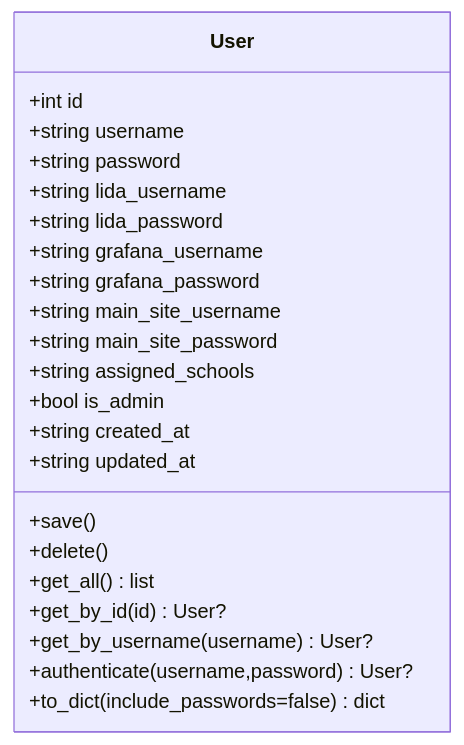
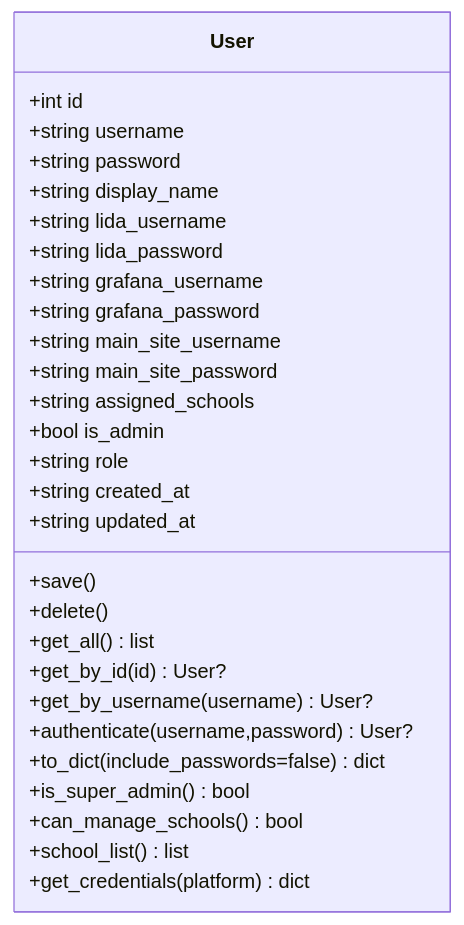
One commit to oreovan567-pixel/middle-platform-data-collector changed the sixth of 10 diagrams in .qoder/repowiki/zh/content/数据模型/数据模型.md. Above: the diagram before and after it, drawn with Mermaid. The commit also changed other lines of this file and 11 other files, not shown here.

````diff
--- a/.qoder/repowiki/zh/content/数据模型/数据模型.md
+++ b/.qoder/repowiki/zh/content/数据模型/数据模型.md
@@ -316,25 +351,31 @@
 ```mermaid
 classDiagram
 class User {
 +int id
 +string username
 +string password
++string display_name
 +string lida_username
 +string lida_password
 +string grafana_username
 +string grafana_password
 +string main_site_username
 +string main_site_password
 +string assigned_schools
 +bool is_admin
++string role
 +string created_at
 +string updated_at
 +save()
 +delete()
 +get_all() list
 +get_by_id(id) User?
 +get_by_username(username) User?
 +authenticate(username,password) User?
 +to_dict(include_passwords=false) dict
++is_super_admin() bool
++can_manage_schools() bool
++school_list() list
++get_credentials(platform) dict
 }
 ```
````
